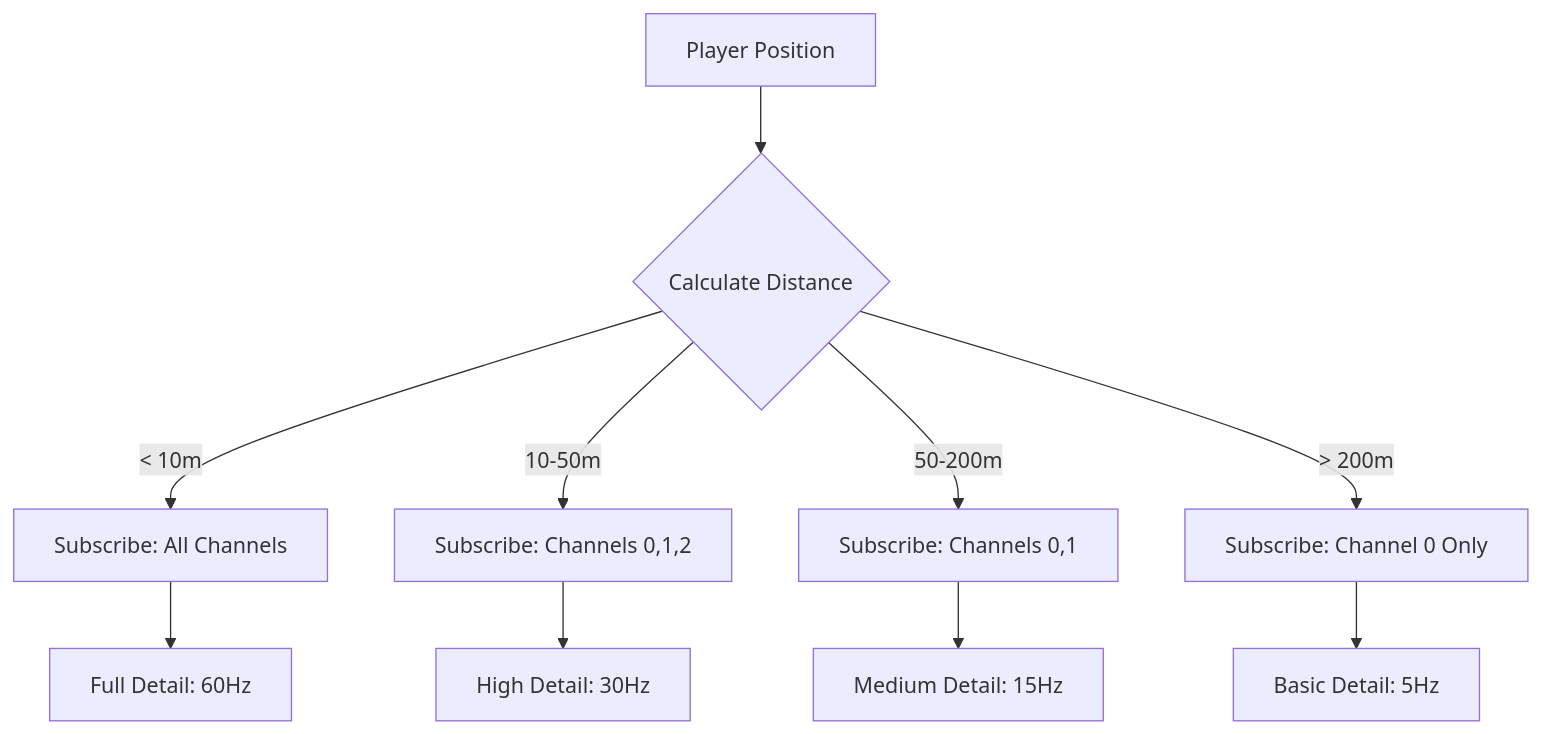
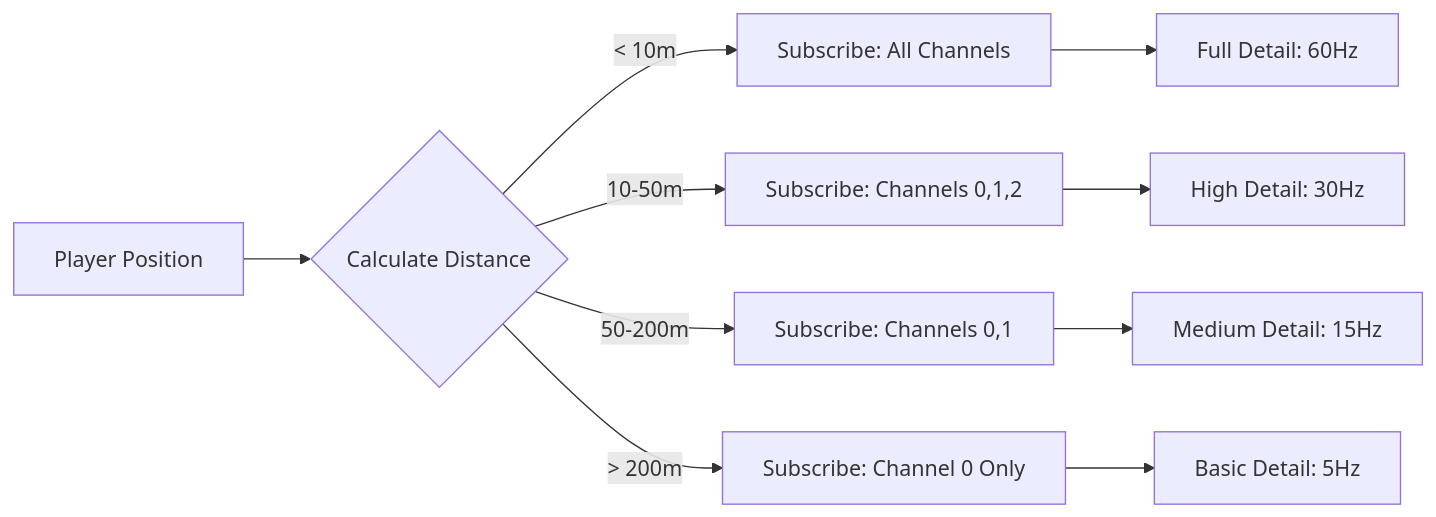
The fourth of 5 diagrams in public/blogs/game-replication.md (Far-Beyond-Dev/blog), drawn with Mermaid before and after one commit. The commit also changed other lines of this file, not shown here.

````diff
--- a/public/blogs/game-replication.md
+++ b/public/blogs/game-replication.md
@@ -166,13 +166,13 @@
 ```mermaid
-graph TB
+graph LR
     A[Player Position] --> B{Calculate Distance}
-    B -->|< 10m| C[Subscribe: All Channels]
-    B -->|10-50m| D[Subscribe: Channels 0,1,2]
-    B -->|50-200m| E[Subscribe: Channels 0,1]
-    B -->|> 200m| F[Subscribe: Channel 0 Only]
+    B -->| < 10m | C[Subscribe: All Channels]
+    B -->| 10-50m | D[Subscribe: Channels 0,1,2]
+    B -->| 50-200m | E[Subscribe: Channels 0,1]
+    B -->| > 200m | F[Subscribe: Channel 0 Only]
     
     C --> G[Full Detail: 60Hz]
     D --> H[High Detail: 30Hz]
     E --> I[Medium Detail: 15Hz]
     F --> J[Basic Detail: 5Hz]
 ```
````
